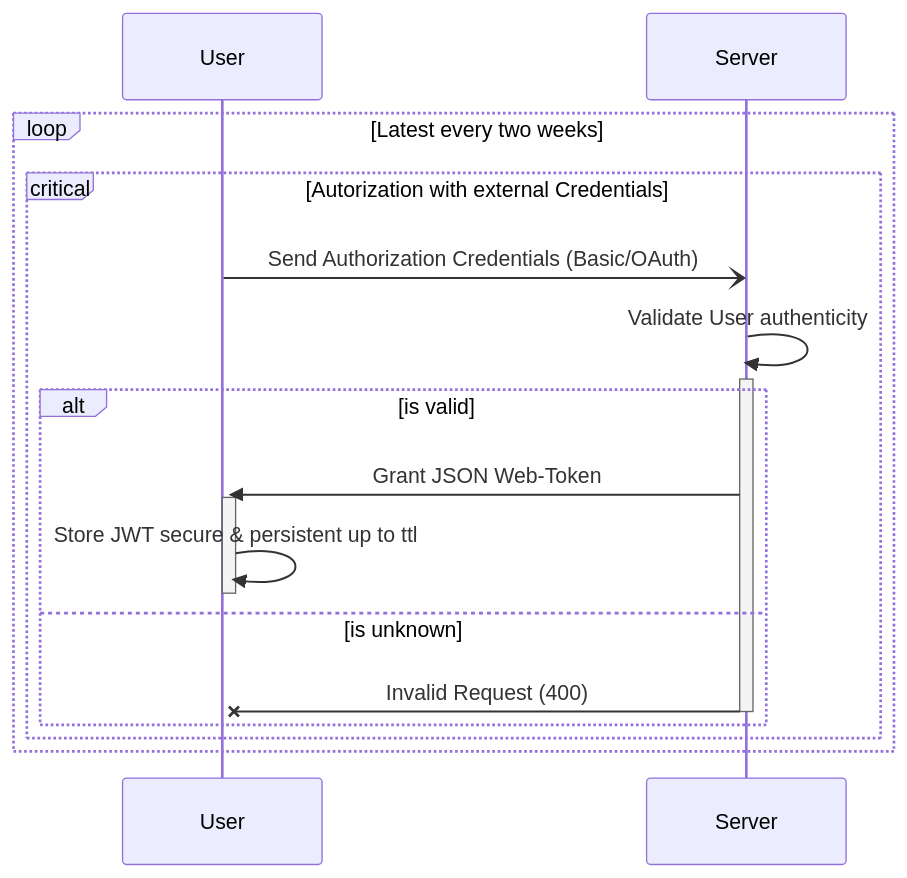
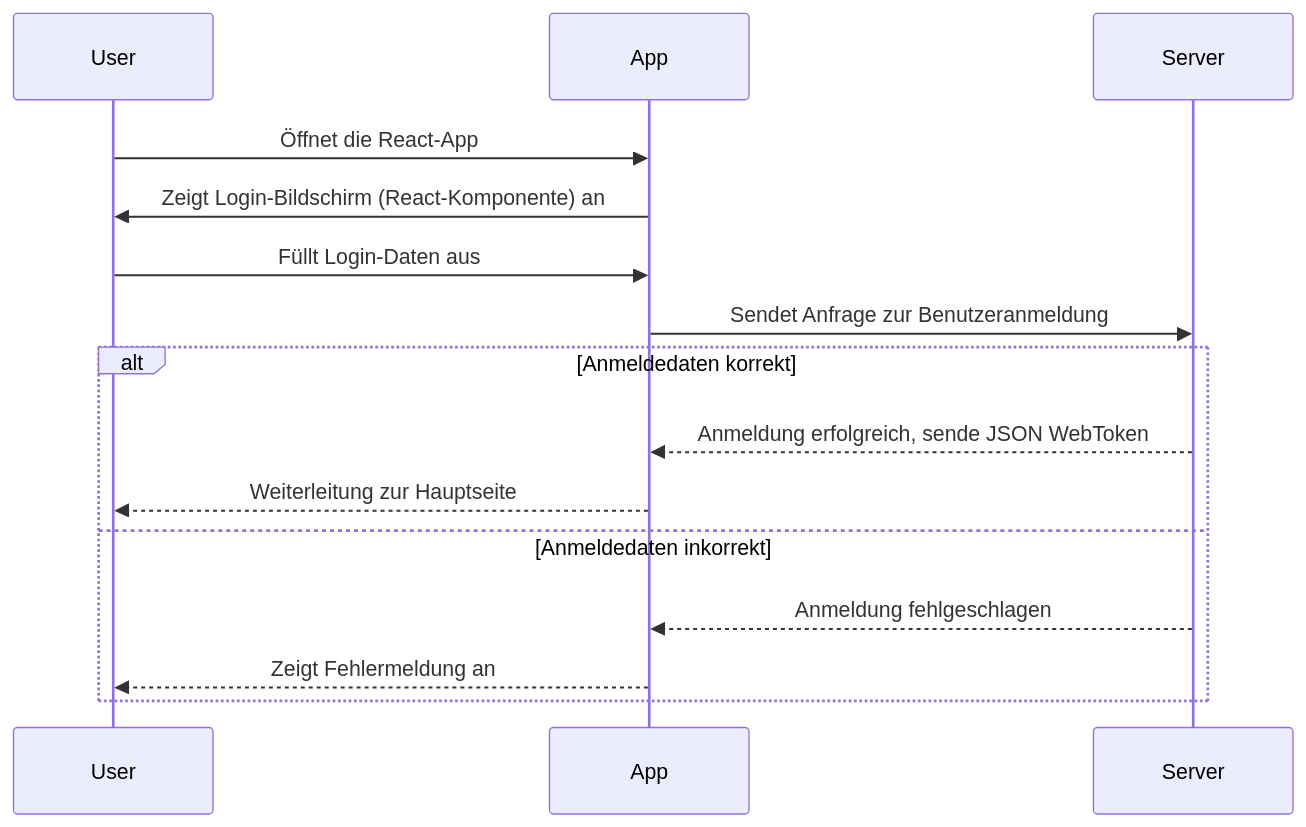
The diagram in posts/SRS/v2_w4/use_cases/UC2_Einloggen.md (DH-Karlsruhe/IncidArch-Blog), drawn with Mermaid before and after one commit. The commit also changed other lines of this file and 13 other files, not shown here.

````diff
--- a/posts/SRS/v2_w4/use_cases/UC2_Einloggen.md
+++ b/posts/SRS/v2_w4/use_cases/UC2_Einloggen.md
@@ -23,17 +26,20 @@
 ```mermaid
-sequenceDiagram
-    loop Latest every two weeks
-        critical Autorization with external Credentials 
-            User -) Server: Send Authorization Credentials (Basic/OAuth)
-            Server ->>+ Server: Validate User authenticity
-            alt is valid
-                Server ->>+ User: Grant JSON Web-Token 
-                activate User
-                User ->> User: Store JWT secure & persistent up to ttl
-                deactivate User
-            else is unknown
-                Server -x- User: Invalid Request (400)
-            end
-        end
-    end
+ sequenceDiagram
+  participant User
+  participant App
+  participant Server
+
+  User->>App: Öffnet die React-App
+  App->>User: Zeigt Login-Bildschirm (React-Komponente) an
+
+  User->>App: Füllt Login-Daten aus
+  App->>Server: Sendet Anfrage zur Benutzeranmeldung
+
+  alt Anmeldedaten korrekt
+    Server-->>App: Anmeldung erfolgreich, sende JSON WebToken
+    App-->>User: Weiterleitung zur Hauptseite
+  else Anmeldedaten inkorrekt
+    Server-->>App: Anmeldung fehlgeschlagen
+    App-->>User: Zeigt Fehlermeldung an
+  end
 ```
````
